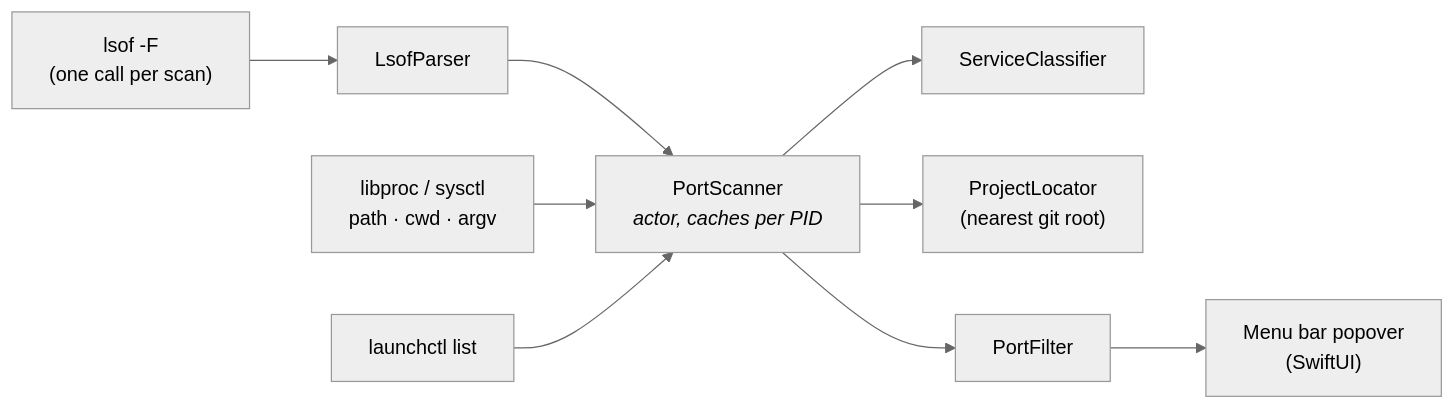
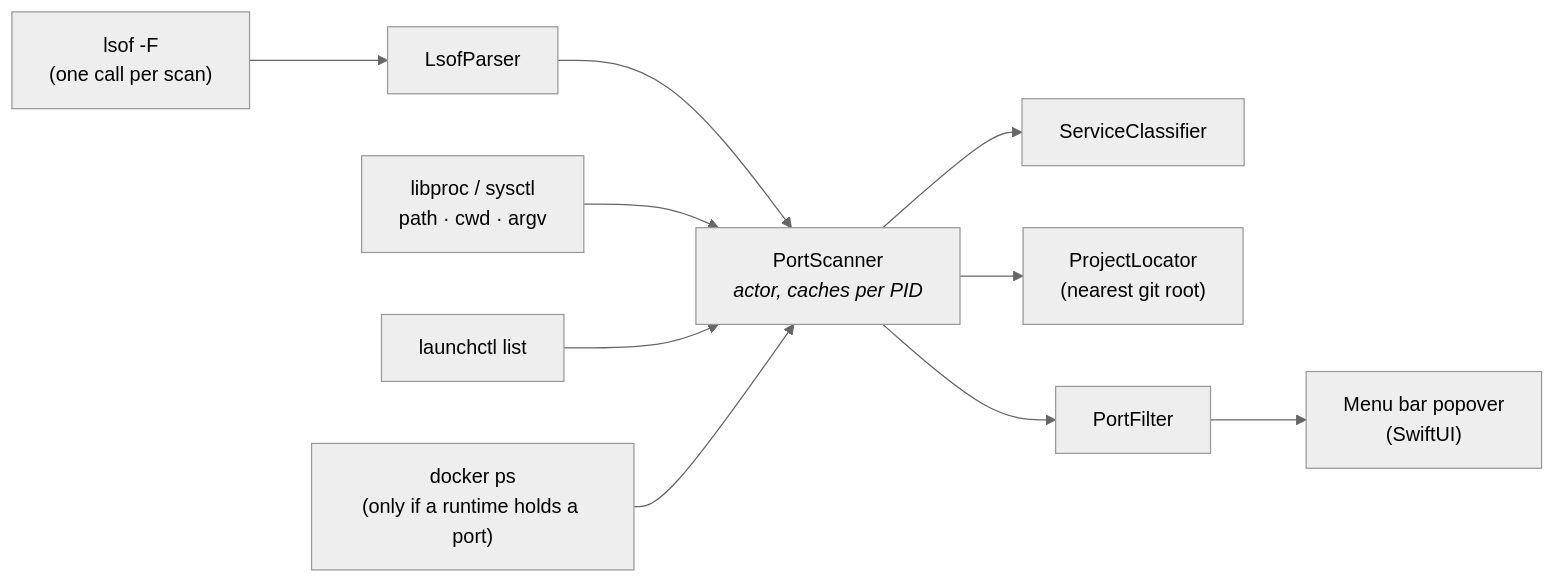
One commit to zontaggio/porticide changed the diagram in README.md. Above: the diagram before and after it, drawn with Mermaid (neutral theme). The commit also changed other lines of this file and 4 other files, not shown here.

````diff
--- a/README.md
+++ b/README.md
@@ -87,11 +89,12 @@
 ```mermaid
 flowchart LR
     lsof["lsof -F<br/>(one call per scan)"] --> parser[LsofParser]
     parser --> scanner[PortScanner<br/><i>actor, caches per PID</i>]
     kernel["libproc / sysctl<br/>path · cwd · argv"] --> scanner
     scanner --> classifier[ServiceClassifier]
     scanner --> locator["ProjectLocator<br/>(nearest git root)"]
     launchd["launchctl list"] --> scanner
+    docker["docker ps<br/>(only if a runtime holds a port)"] --> scanner
     scanner --> filter[PortFilter]
     filter --> ui["Menu bar popover<br/>(SwiftUI)"]
 ```
````
